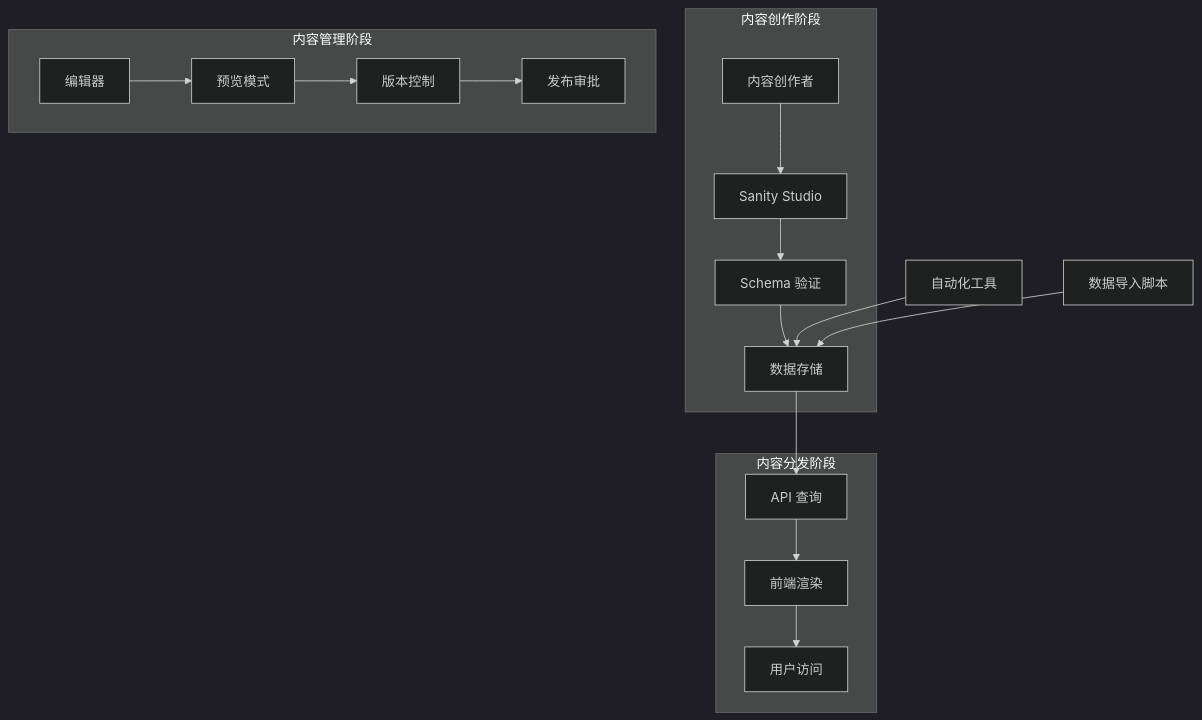
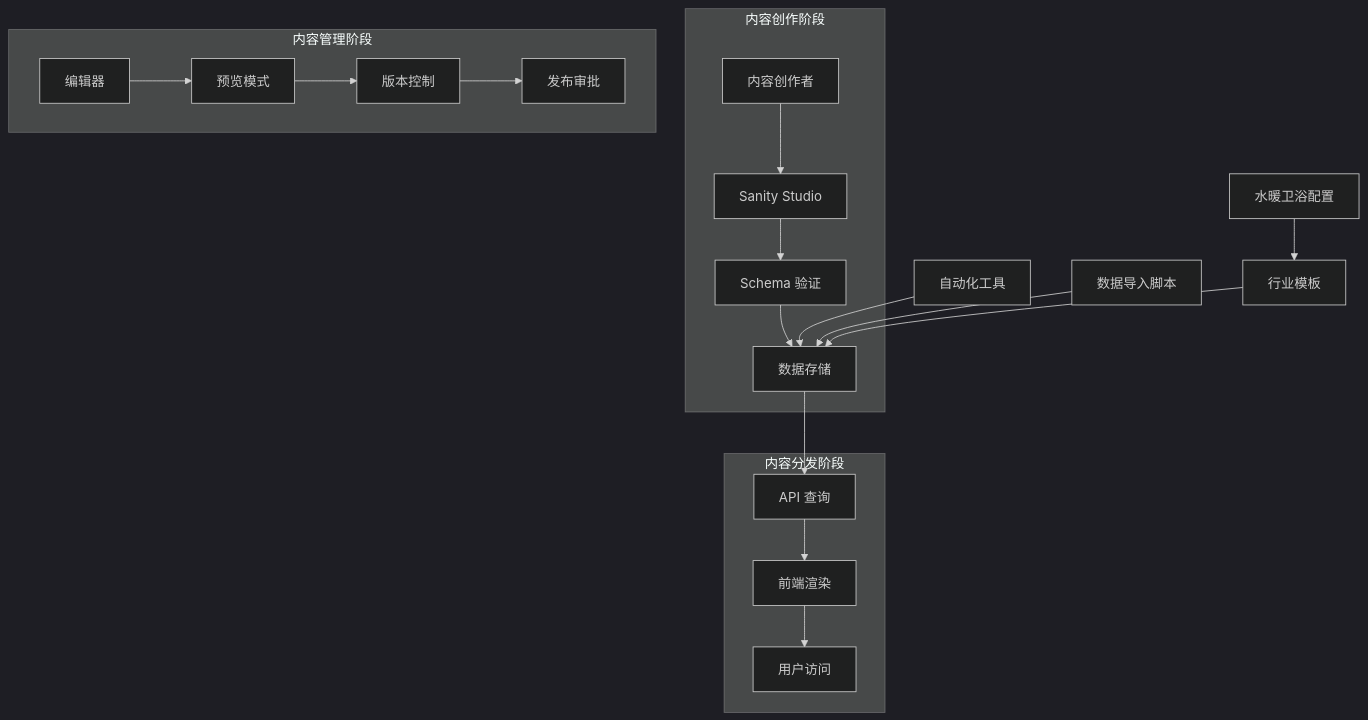
One commit to waltzhan/LEDTrade changed the third of 12 diagrams in .qoder/repowiki/zh/content/Sanity内容管理系统/Sanity内容管理系统.md. Above: the diagram before and after it, drawn with Mermaid (dark theme). The commit also changed other lines of this file and 20 other files, not shown here.

````diff
--- a/.qoder/repowiki/zh/content/Sanity内容管理系统/Sanity内容管理系统.md
+++ b/.qoder/repowiki/zh/content/Sanity内容管理系统/Sanity内容管理系统.md
@@ -155,20 +204,22 @@
 ```mermaid
 flowchart TD
 subgraph "内容创作阶段"
 A[内容创作者] --> B[Sanity Studio]
 B --> C[Schema 验证]
 C --> D[数据存储]
 end
 subgraph "内容管理阶段"
 E[编辑器] --> F[预览模式]
 F --> G[版本控制]
 G --> H[发布审批]
 end
 subgraph "内容分发阶段"
 D --> I[API 查询]
 I --> J[前端渲染]
 J --> K[用户访问]
 end
 L[自动化工具] --> D
 M[数据导入脚本] --> D
+N[行业模板] --> D
+O[水暖卫浴配置] --> N
 ```
````
